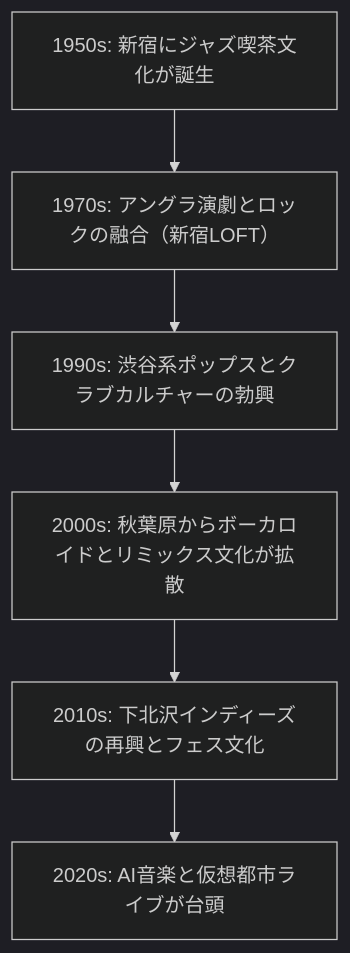
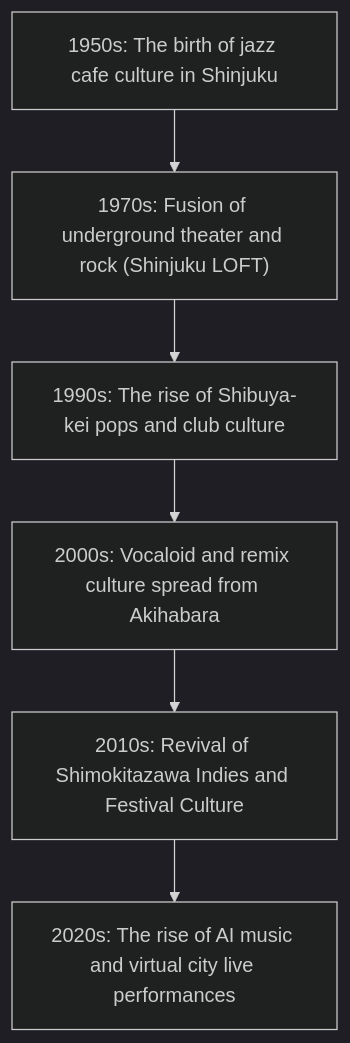
Before and after one commit to monumental-movement/monumental-movement.github.io: the first of 2 diagrams in en/_posts/2025-10-23-column-tokyo-sound-layers.md, drawn with Mermaid (dark theme). The commit also changed other lines of this file and 152 other files, not shown here.

```diff
--- a/en/_posts/2025-10-23-column-tokyo-sound-layers.md
+++ b/en/_posts/2025-10-23-column-tokyo-sound-layers.md
@@ -128,19 +128,19 @@
 <div class="mermaid">
 
 flowchart TD
 
-    A1950["1950s: 新宿にジャズ喫茶文化が誕生"]
-    A1970["1970s: アングラ演劇とロックの融合（新宿LOFT）"]
-    A1990["1990s: 渋谷系ポップスとクラブカルチャーの勃興"]
-    A2000["2000s: 秋葉原からボーカロイドとリミックス文化が拡散"]
-    A2010["2010s: 下北沢インディーズの再興とフェス文化"]
-    A2020["2020s: AI音楽と仮想都市ライブが台頭"]
+    A1950["1950s: The birth of jazz cafe culture in Shinjuku"]
+    A1970["1970s: Fusion of underground theater and rock (Shinjuku LOFT)"]
+    A1990["1990s: The rise of Shibuya-kei pops and club culture"]
+    A2000["2000s: Vocaloid and remix culture spread from Akihabara"]
+    A2010["2010s: Revival of Shimokitazawa Indies and Festival Culture"]
+    A2020["2020s: The rise of AI music and virtual city live performances"]
 
     A1950 --> A1970
     A1970 --> A1990
     A1990 --> A2000
     A2000 --> A2010
     A2010 --> A2020
 
 
 </div>
```
